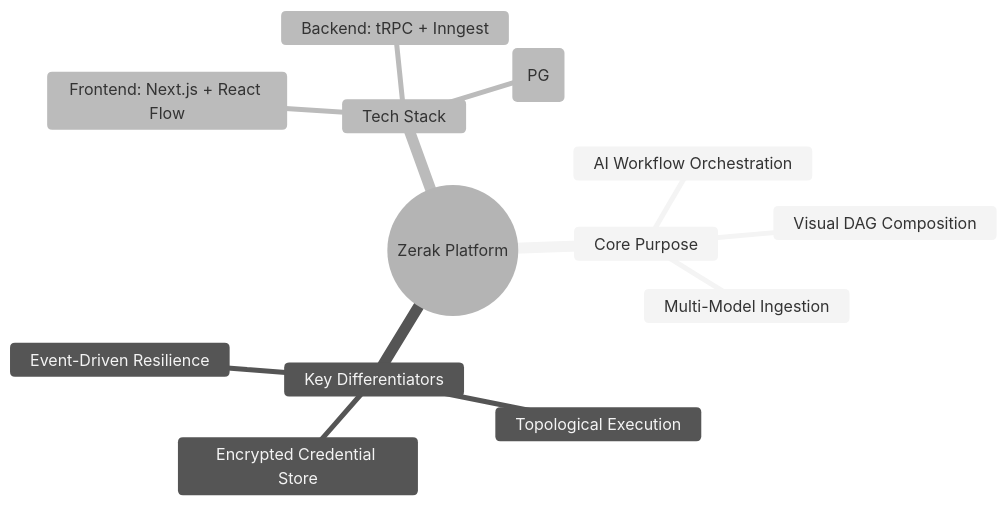
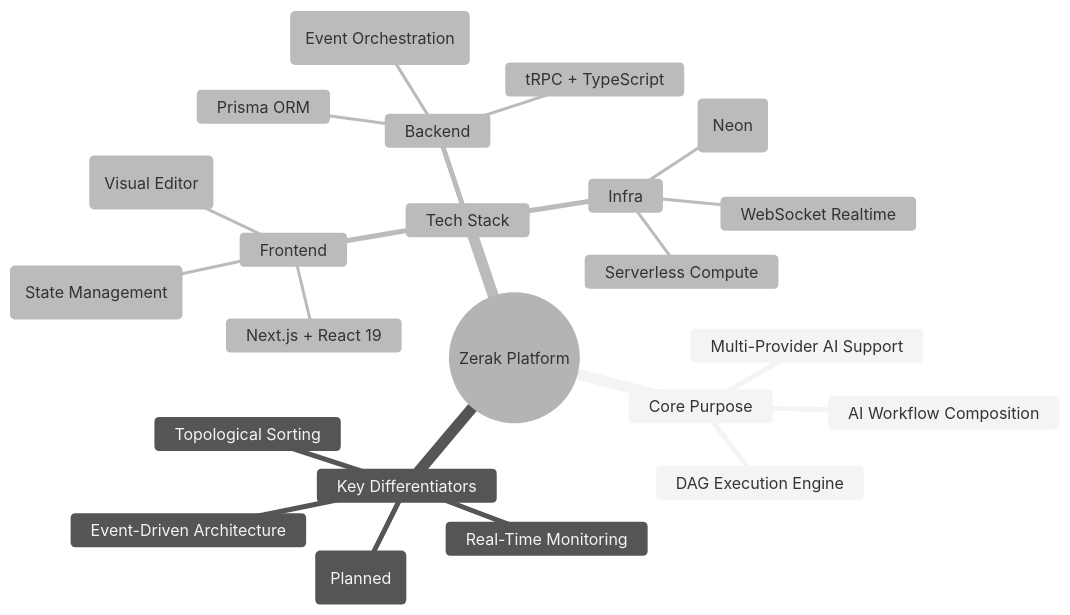
Before and after one commit to Nemathullahkhan/Zerak: the first of 10 diagrams in README.md, drawn with Mermaid (neutral theme). The commit also changed other lines of this file, not shown here.

````diff
--- a/README.md
+++ b/README.md
@@ -14,16 +16,26 @@
 ```mermaid
 mindmap
   root((Zerak Platform))
     Core Purpose
-      AI Workflow Orchestration
-      Visual DAG Composition
-      Multi-Model Ingestion
+      AI Workflow Composition
+      DAG Execution Engine
+      Multi-Provider AI Support
     Key Differentiators
-      Event-Driven Resilience
-      Topological Execution
-      Encrypted Credential Store
+      Event-Driven Architecture
+      Real-Time Monitoring
+      Topological Sorting
+      Cost Estimation (Planned)
     Tech Stack
-      Frontend: Next.js + React Flow
-      Backend: tRPC + Inngest
-      Infra: Prisma + Neon (PG)
+      Frontend
+        Next.js + React 19
+        React Flow (Visual Editor)
+        Jotai (State Management)
+      Backend
+        tRPC + TypeScript
+        Inngest (Event Orchestration)
+        Prisma ORM
+      Infra
+        PostgreSQL (Neon)
+        Serverless Compute
+        WebSocket Realtime
 ```
````
